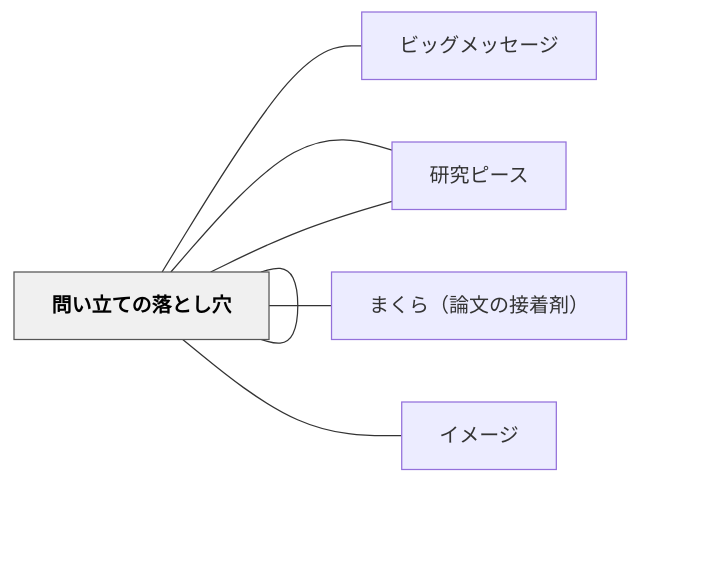
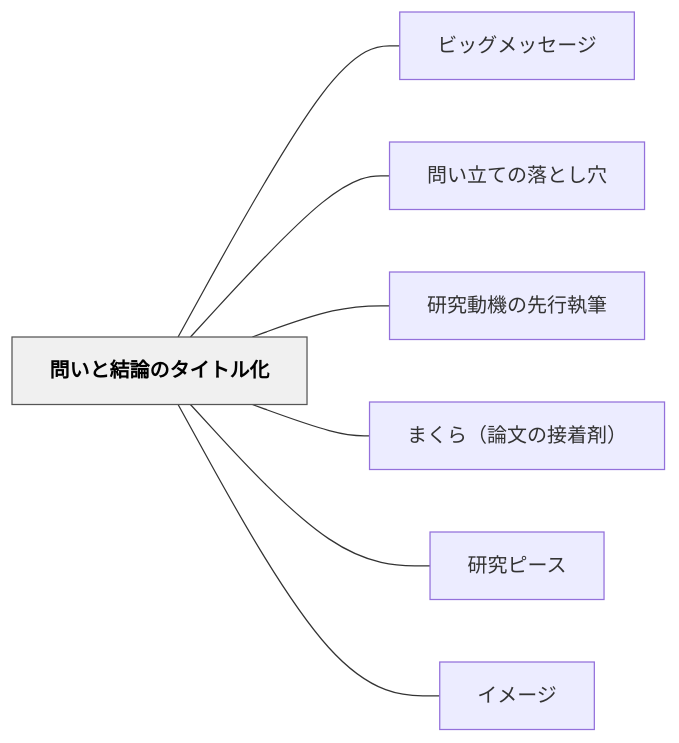
Before and after one commit to unknownthings-ed-patterns/unknownthings-ed-patterns: the diagram in content/パタン/問いと結論のタイトル化.md, drawn with Mermaid. The commit also changed 527 other files, not shown here.

````diff
--- a/content/パタン/問いと結論のタイトル化.md
+++ b/content/パタン/問いと結論のタイトル化.md
@@ -120,20 +120,20 @@
 ```mermaid
 flowchart LR
-    ne5958fe38184["問いと結論のタイトル化"]
-    ne38393e38383["ビッグメッセージ"]
-    ne5958fe38184["問い立ての落とし穴"]
-    ne7a094e7a9b6["研究動機の先行執筆"]
-    ne381bee3818f["まくら（論文の接着剤）"]
-    ne7a094e7a9b6["研究ピース"]
-    ne382a4e383a1["イメージ"]
+    ne5958fe38184e381a8e7b590e8ab96e381aee382bfe382a4e38388e383abe58c96["問いと結論のタイトル化"]
+    ne38393e38383e382b0e383a1e38383e382bbe383bce382b8["ビッグメッセージ"]
+    ne5958fe38184e7ab8be381a6e381aee890bde381a8e38197e7a9b4["問い立ての落とし穴"]
+    ne7a094e7a9b6e58b95e6a99fe381aee58588e8a18ce59fb7e7ad86["研究動機の先行執筆"]
+    ne381bee3818fe38289efbc88e8ab96e69687e381aee68ea5e79d80e589a4efbc89["まくら（論文の接着剤）"]
+    ne7a094e7a9b6e38394e383bce382b9["研究ピース"]
+    ne382a4e383a1e383bce382b8["イメージ"]
 
-    ne5958fe38184 --- ne38393e38383
-    ne5958fe38184 --- ne5958fe38184
-    ne5958fe38184 --- ne7a094e7a9b6
-    ne5958fe38184 --- ne381bee3818f
-    ne5958fe38184 --- ne7a094e7a9b6
-    ne5958fe38184 --- ne382a4e383a1
+    ne5958fe38184e381a8e7b590e8ab96e381aee382bfe382a4e38388e383abe58c96 --- ne38393e38383e382b0e383a1e38383e382bbe383bce382b8
+    ne5958fe38184e381a8e7b590e8ab96e381aee382bfe382a4e38388e383abe58c96 --- ne5958fe38184e7ab8be381a6e381aee890bde381a8e38197e7a9b4
+    ne5958fe38184e381a8e7b590e8ab96e381aee382bfe382a4e38388e383abe58c96 --- ne7a094e7a9b6e58b95e6a99fe381aee58588e8a18ce59fb7e7ad86
+    ne5958fe38184e381a8e7b590e8ab96e381aee382bfe382a4e38388e383abe58c96 --- ne381bee3818fe38289efbc88e8ab96e69687e381aee68ea5e79d80e589a4efbc89
+    ne5958fe38184e381a8e7b590e8ab96e381aee382bfe382a4e38388e383abe58c96 --- ne7a094e7a9b6e38394e383bce382b9
+    ne5958fe38184e381a8e7b590e8ab96e381aee382bfe382a4e38388e383abe58c96 --- ne382a4e383a1e383bce382b8
 
     classDef hub fill:#f0f0f0,stroke:#555,color:#000,font-weight:bold
-    class ne5958fe38184 hub
+    class ne5958fe38184e381a8e7b590e8ab96e381aee382bfe382a4e38388e383abe58c96 hub
 ```
````
